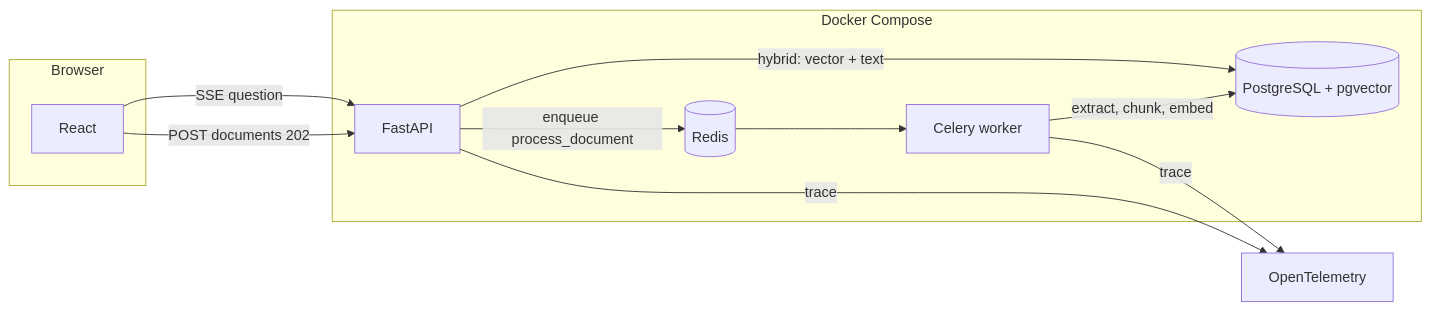
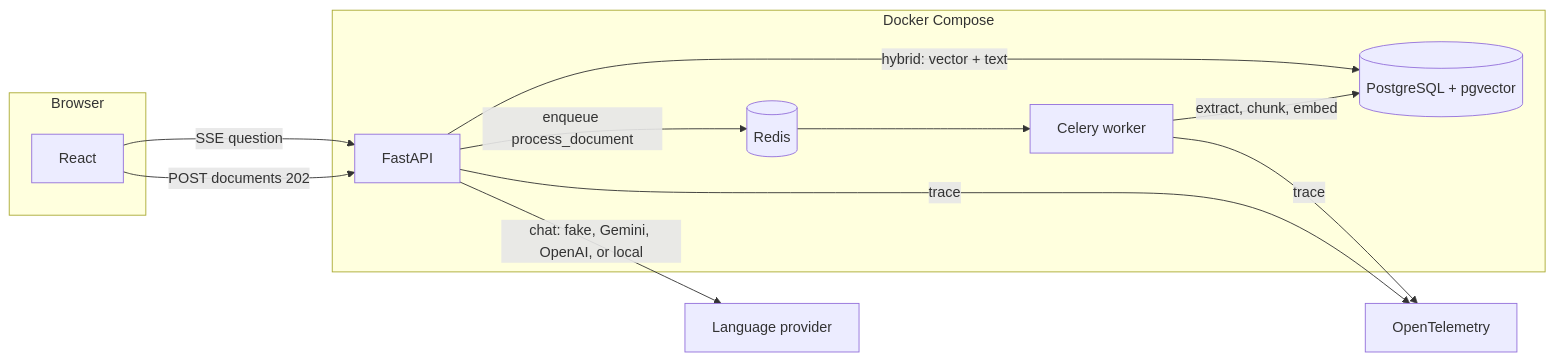
The diagram in docs/architecture.md (rgah2107/claims-analysis-assistant), drawn with Mermaid before and after one commit. The commit also changed other lines of this file and 13 other files, not shown here.

Commit message:
Support a local chat model and keep the summary visible while it is built.

````diff
--- a/docs/architecture.md
+++ b/docs/architecture.md
@@ -5,20 +5,21 @@
 ```mermaid
 flowchart LR
   subgraph browser [Browser]
     UI[React]
   end
   subgraph compose [Docker Compose]
     API[FastAPI]
     Worker[Celery worker]
     Redis[(Redis)]
     PG[(PostgreSQL + pgvector)]
   end
   UI -->|POST documents 202| API
   UI -->|SSE question| API
   API -->|enqueue process_document| Redis
   Redis --> Worker
   Worker -->|extract, chunk, embed| PG
   API -->|hybrid: vector + text| PG
+  API -->|chat: fake, Gemini, OpenAI, or local| LLM[Language provider]
   API -->|trace| OTEL[OpenTelemetry]
   Worker -->|trace| OTEL
 ```
````
